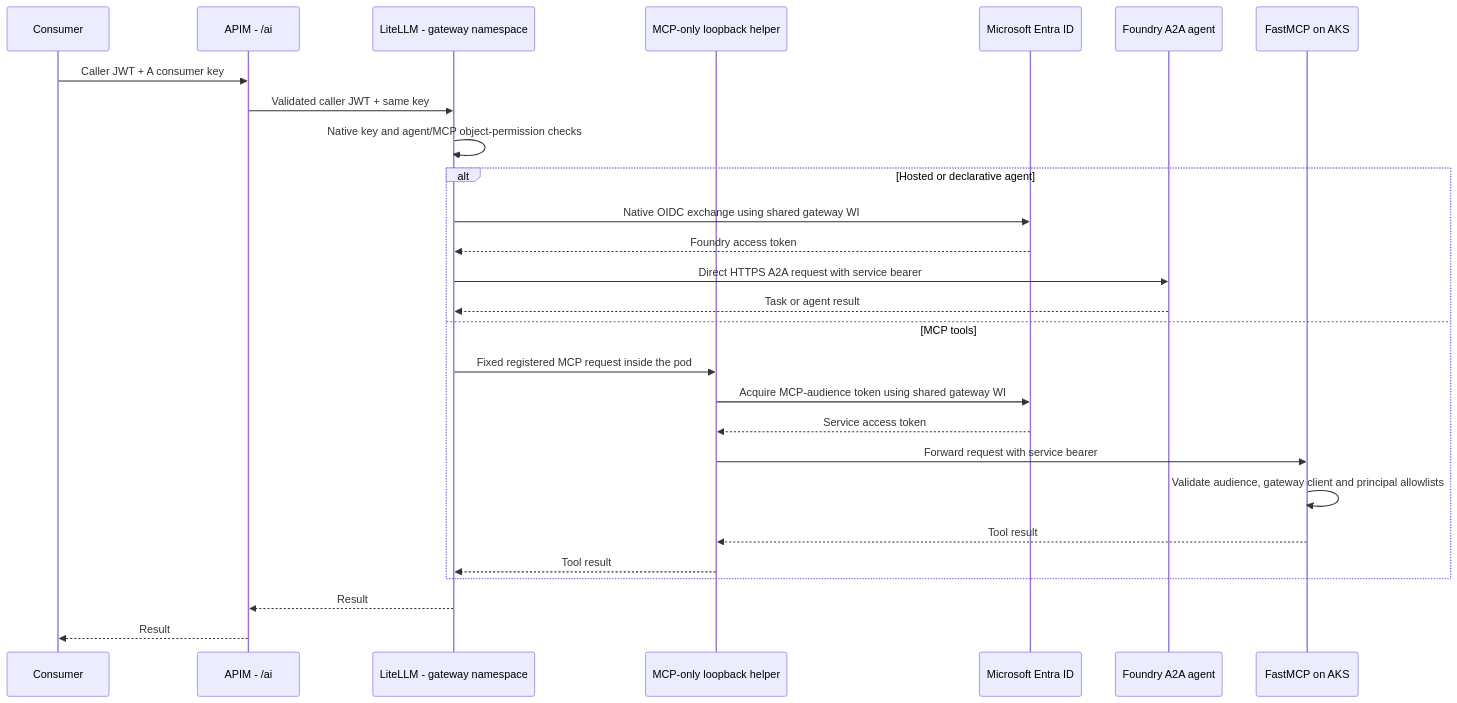
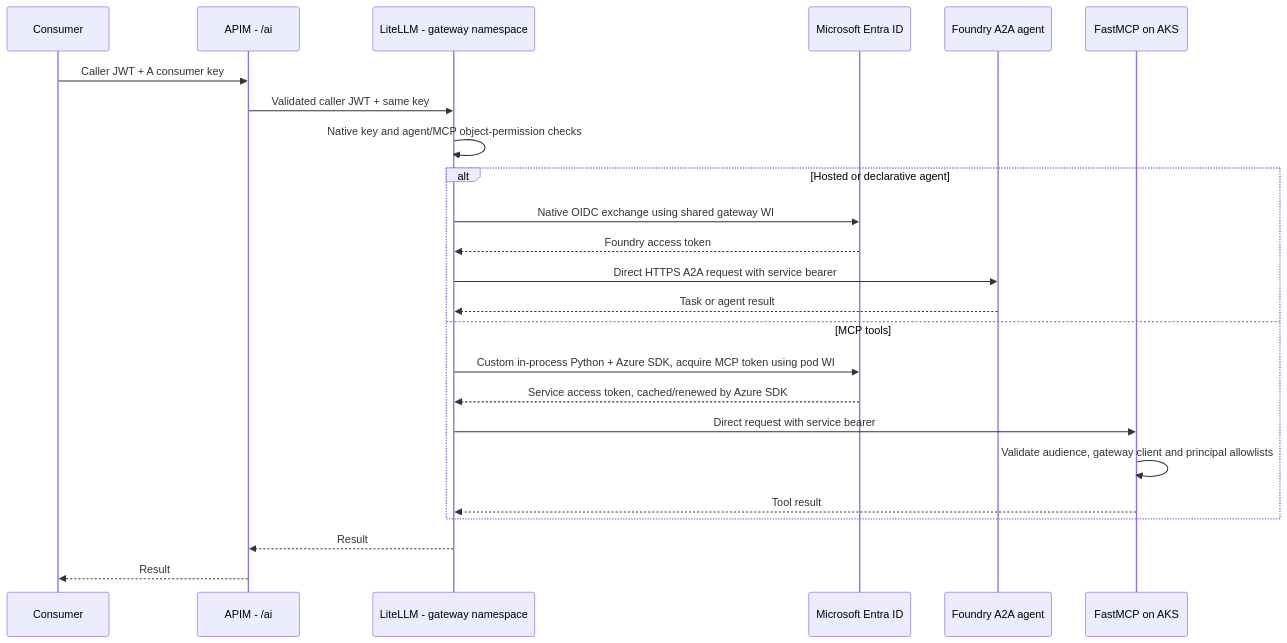
The third of 5 diagrams in scenarios/apim-litellm/README.md (yelghali/foundry-shared-accelerator), drawn with Mermaid before and after one commit. The commit also changed other lines of this file and 18 other files, not shown here.

First line of the commit message:
Replace MCP auth sidecars with scoped in-process workload auth

````diff
--- a/scenarios/apim-litellm/README.md
+++ b/scenarios/apim-litellm/README.md
@@ -194,29 +195,26 @@
 ```mermaid
 sequenceDiagram
     participant Client as Consumer
     participant APIM as APIM - /ai
     participant GW as LiteLLM - gateway namespace
-    participant Helper as MCP-only loopback helper
     participant Entra as Microsoft Entra ID
     participant Agent as Foundry A2A agent
     participant MCP as FastMCP on AKS
     Client->>APIM: Caller JWT + A consumer key
     APIM->>GW: Validated caller JWT + same key
     GW->>GW: Native key and agent/MCP object-permission checks
     alt Hosted or declarative agent
         GW->>Entra: Native OIDC exchange using shared gateway WI
         Entra-->>GW: Foundry access token
         GW->>Agent: Direct HTTPS A2A request with service bearer
         Agent-->>GW: Task or agent result
     else MCP tools
-        GW->>Helper: Fixed registered MCP request inside the pod
-        Helper->>Entra: Acquire MCP-audience token using shared gateway WI
-        Entra-->>Helper: Service access token
-        Helper->>MCP: Forward request with service bearer
+        GW->>Entra: Custom in-process Python + Azure SDK, acquire MCP token using pod WI
+        Entra-->>GW: Service access token, cached/renewed by Azure SDK
+        GW->>MCP: Direct request with service bearer
         MCP->>MCP: Validate audience, gateway client and principal allowlists
-        MCP-->>Helper: Tool result
-        Helper-->>GW: Tool result
+        MCP-->>GW: Tool result
     end
     GW-->>APIM: Result
     APIM-->>Client: Result
 ```
````
